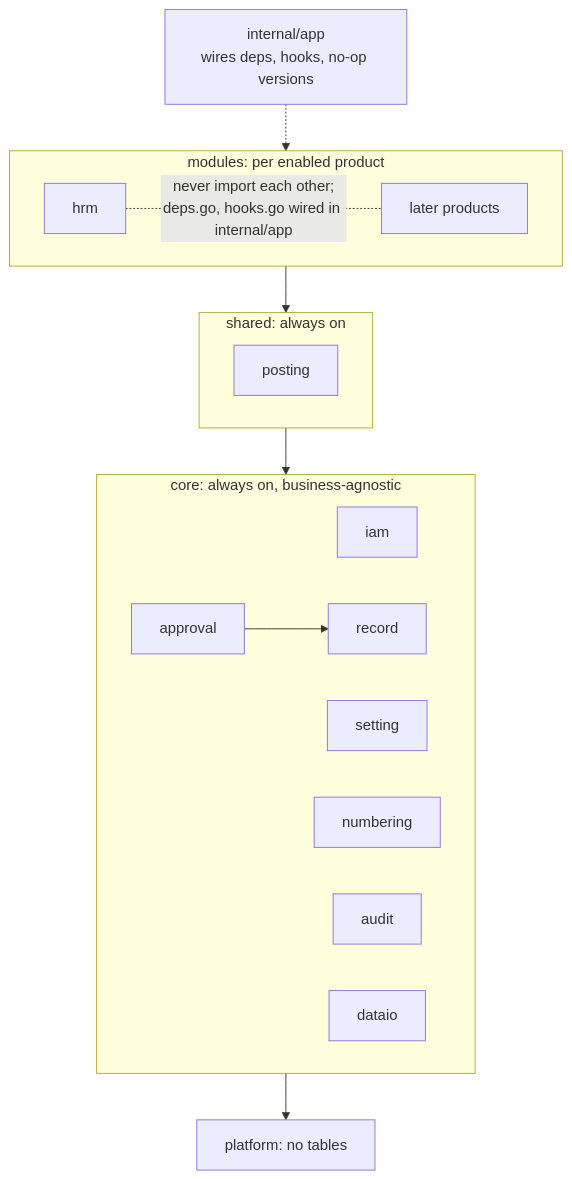
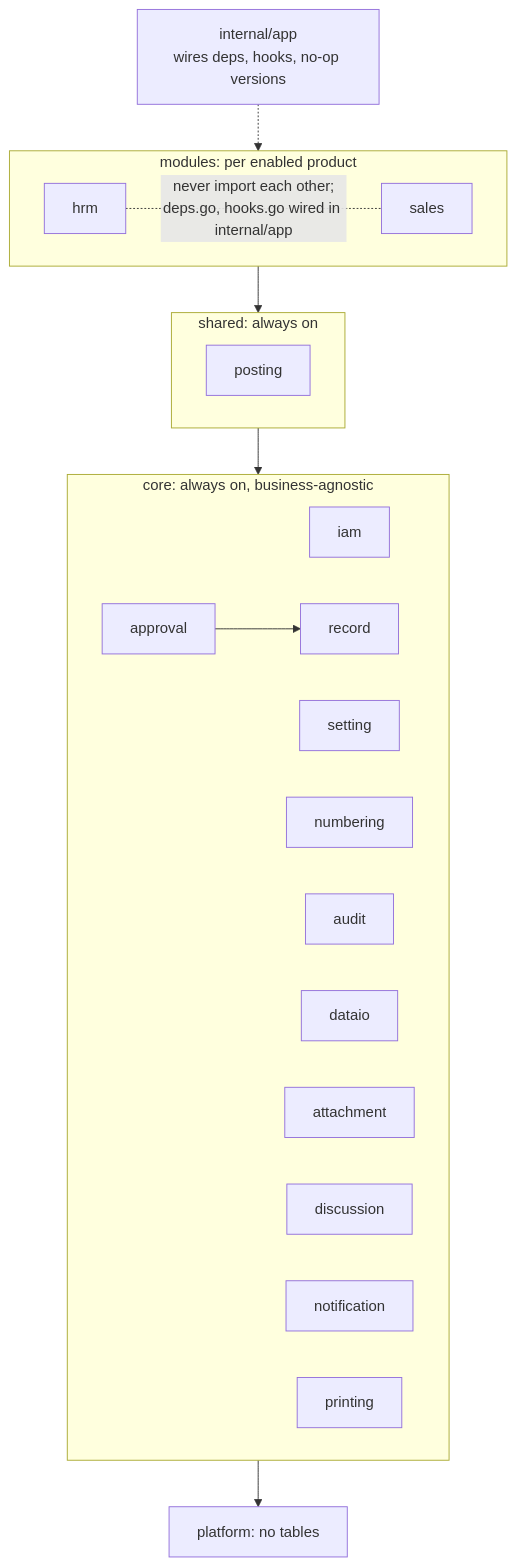
The third of 14 diagrams in architecture.md (taoworklabs/mmerp), drawn with Mermaid before and after one commit. The commit also changed 1 other file, not shown here.

Commit message:
docs: module lists match internal/
Refs #50

````diff
--- a/architecture.md
+++ b/architecture.md
@@ -56,25 +56,29 @@
 ```mermaid
 flowchart TB
   wire["internal/app<br/>wires deps, hooks, no-op versions"]
   subgraph mods ["modules: per enabled product"]
     hrm["hrm"]
-    next["later products"]
+    sales["sales"]
   end
   subgraph shr ["shared: always on"]
     posting["posting"]
   end
   subgraph cor ["core: always on, business-agnostic"]
     iam["iam"]
     setting["setting"]
     numbering["numbering"]
     audit["audit"]
     record["record"]
     approval["approval"]
     dataio["dataio"]
+    attachment["attachment"]
+    discussion["discussion"]
+    notification["notification"]
+    printing["printing"]
   end
   plat["platform: no tables"]
   mods --> shr --> cor --> plat
   approval --> record
-  hrm -. "never import each other;<br/>deps.go, hooks.go wired in internal/app" .- next
+  hrm -. "never import each other;<br/>deps.go, hooks.go wired in internal/app" .- sales
   wire -.-> mods
 ```
````
